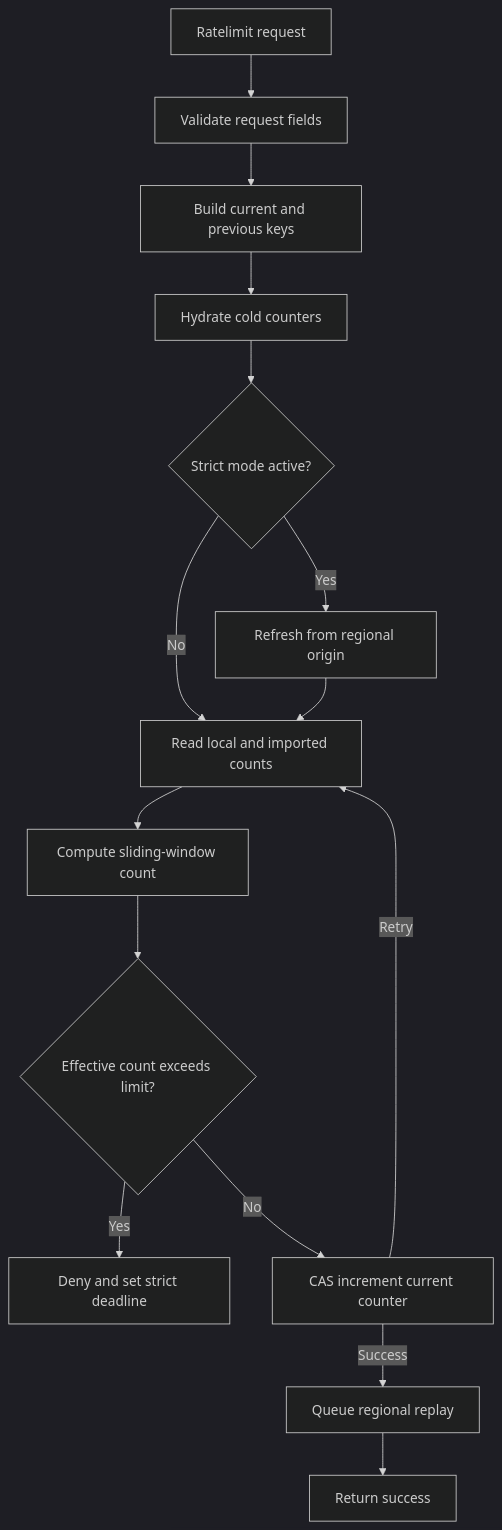
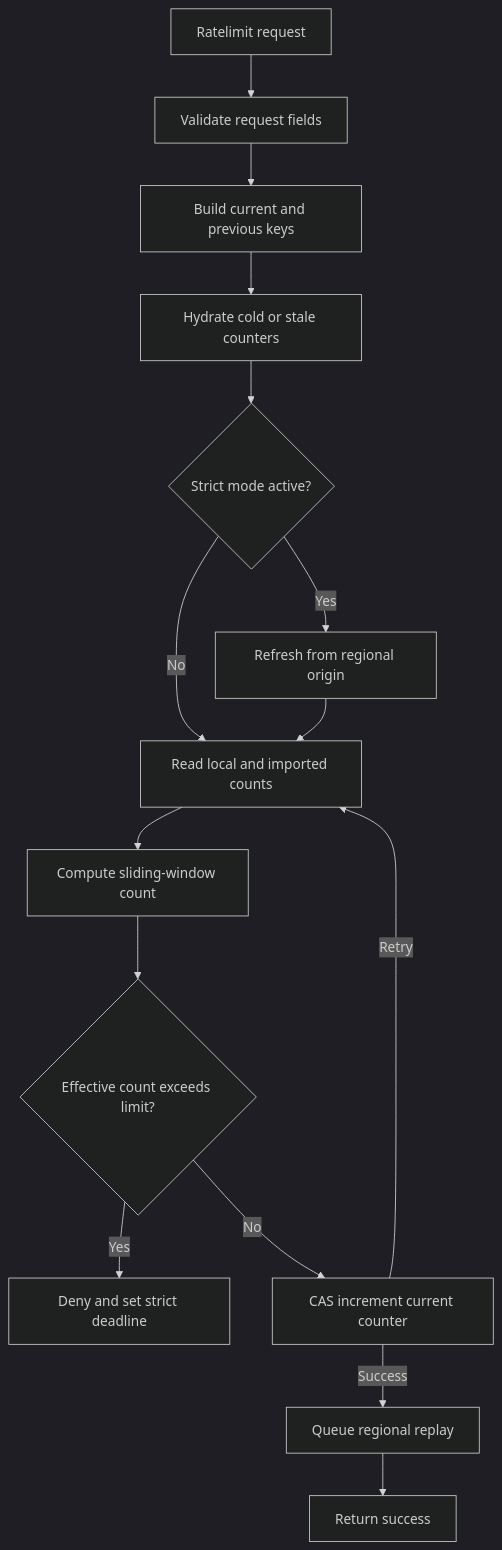
The first of 2 diagrams in docs/engineering/architecture/ratelimiting/request-path.mdx (unkeyed/unkey), drawn with Mermaid (dark theme) before and after one commit. The commit also changed other lines of this file and 13 other files, not shown here.

````diff
--- a/docs/engineering/architecture/ratelimiting/request-path.mdx
+++ b/docs/engineering/architecture/ratelimiting/request-path.mdx
@@ -12,17 +12,17 @@
 ```mermaid
 flowchart TD
   start[Ratelimit request] --> validate[Validate request fields]
   validate --> keys[Build current and previous keys]
-  keys --> hydrate[Hydrate cold counters]
+  keys --> hydrate[Hydrate cold or stale counters]
   hydrate --> strict{Strict mode active?}
   strict -->|Yes| fetch[Refresh from regional origin]
   strict -->|No| read[Read local and imported counts]
   fetch --> read
   read --> math[Compute sliding-window count]
   math --> decision{Effective count exceeds limit?}
   decision -->|Yes| deny[Deny and set strict deadline]
   decision -->|No| commit[CAS increment current counter]
   commit -->|Retry| read
   commit -->|Success| replay[Queue regional replay]
   replay --> allow[Return success]
 ```
````
